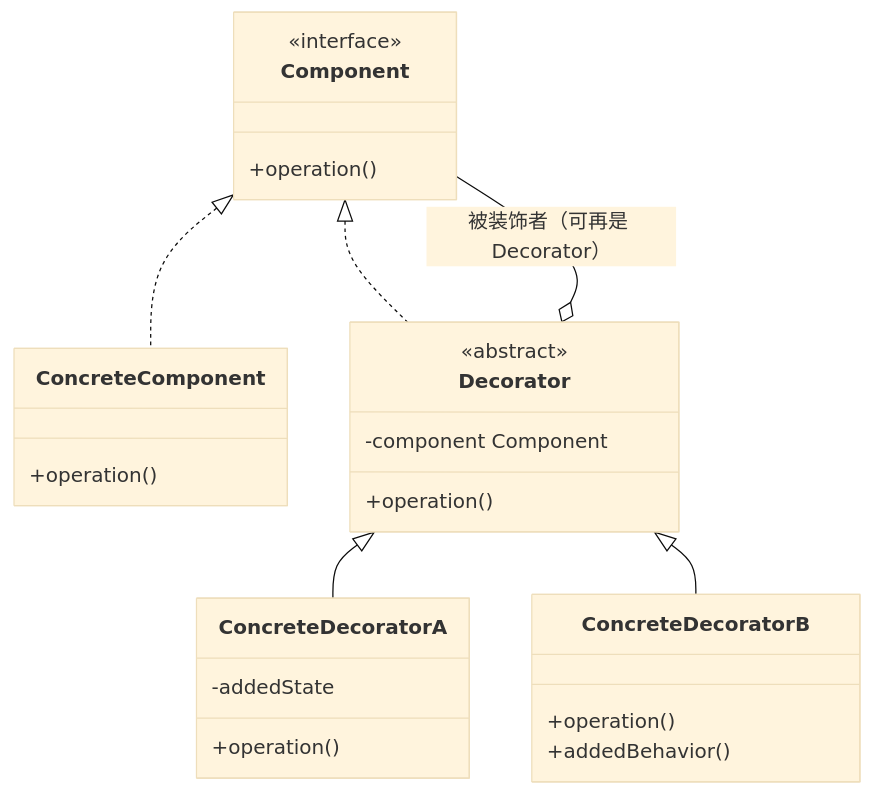
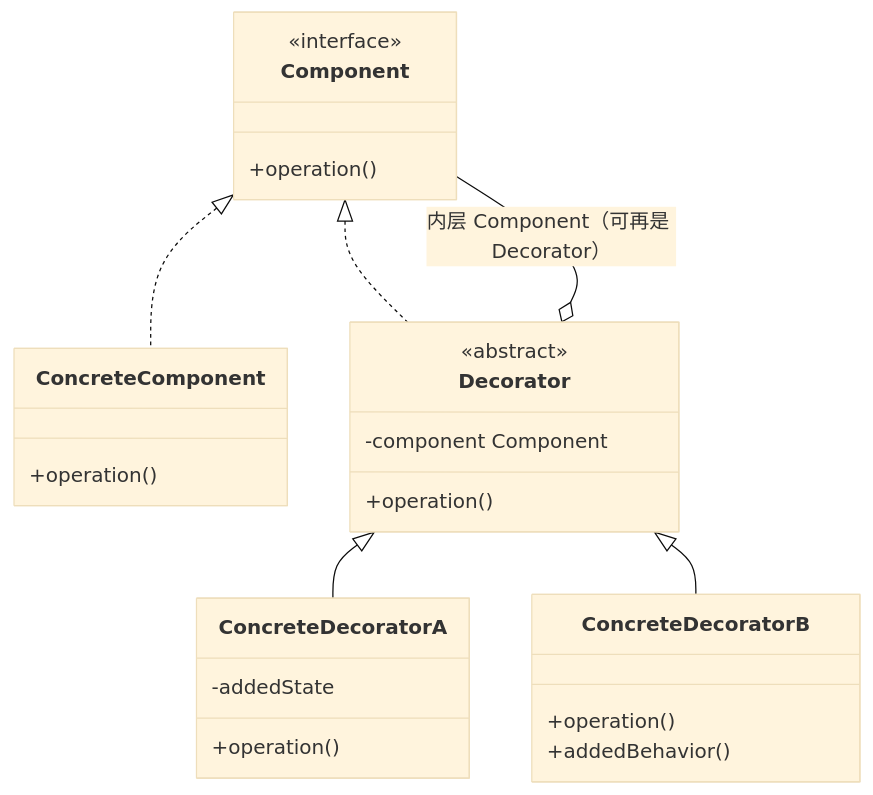
The fifth of 8 diagrams in 设计模式/GoF/02-Structural-Patterns.md (coswit/coswit.github.io), drawn with Mermaid (base theme) before and after one commit. The commit also changed other lines of this file and 11 other files, not shown here.

````diff
--- a/设计模式/GoF/02-Structural-Patterns.md
+++ b/设计模式/GoF/02-Structural-Patterns.md
@@ -536,28 +660,28 @@
 ```mermaid
 classDiagram
     class Component {
         <<interface>>
         +operation()
     }
     class ConcreteComponent {
         +operation()
     }
     class Decorator {
         <<abstract>>
         -component Component
         +operation()
     }
     class ConcreteDecoratorA {
         +operation()
         -addedState
     }
     class ConcreteDecoratorB {
         +operation()
         +addedBehavior()
     }
     Component <|.. ConcreteComponent
     Component <|.. Decorator
     Decorator <|-- ConcreteDecoratorA
     Decorator <|-- ConcreteDecoratorB
-    Decorator o-- Component : 被装饰者（可再是 Decorator）
+    Decorator o-- Component : 内层 Component（可再是 Decorator）
 ```
````
